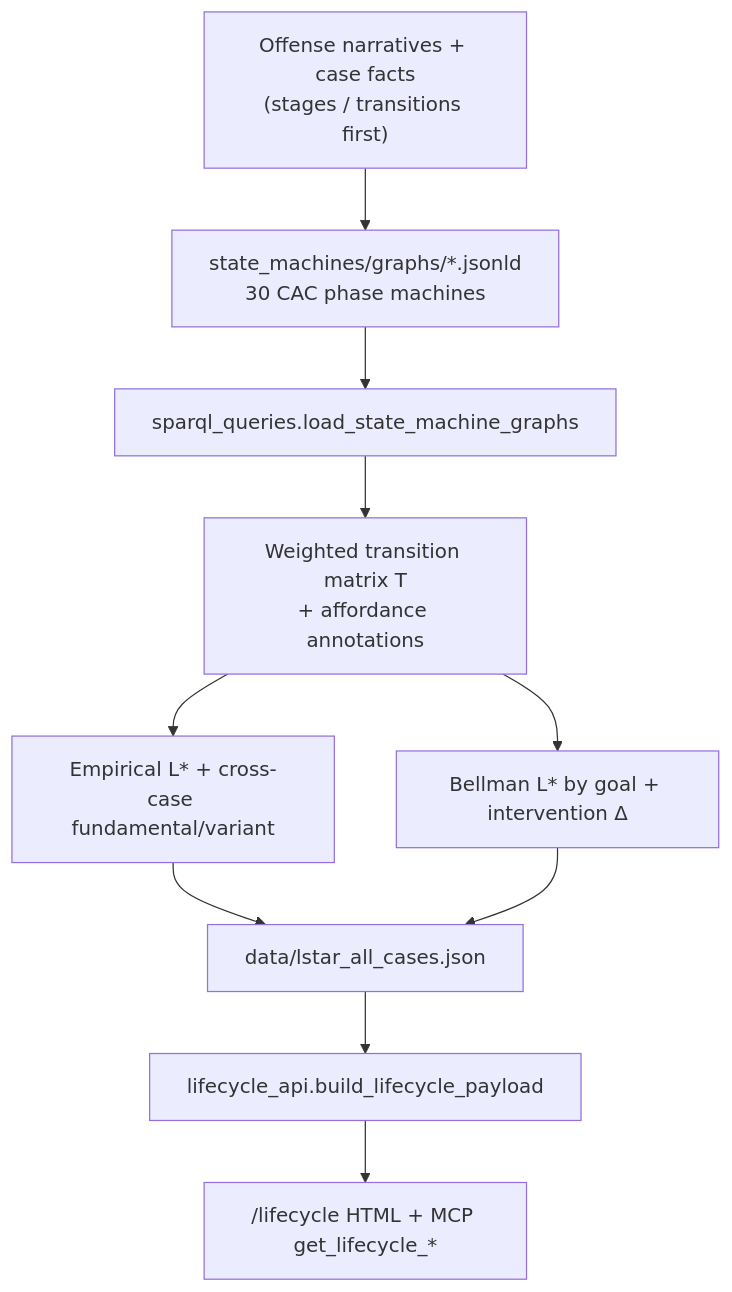
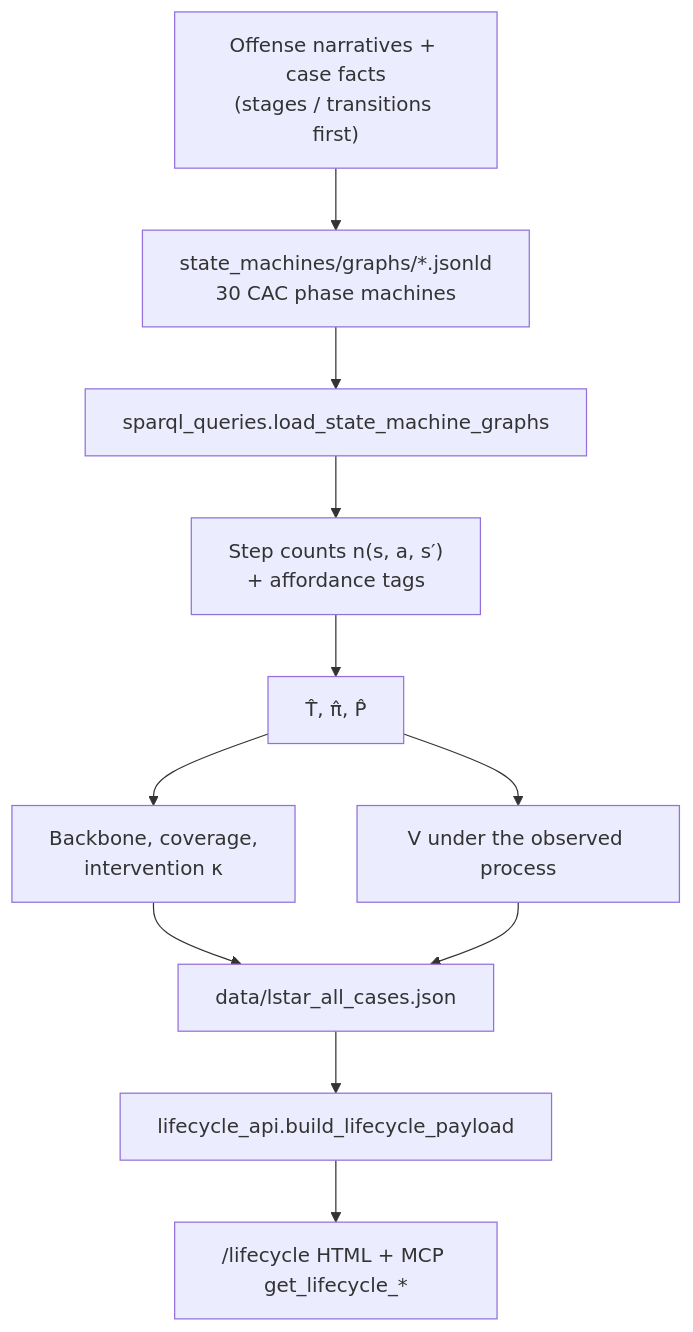
Before and after one commit to mrinaalr/CaseLinker: the second of 2 diagrams in state_machines/README.md, drawn with Mermaid. The commit also changed other lines of this file and 36 other files, not shown here.

````diff
--- a/state_machines/README.md
+++ b/state_machines/README.md
@@ -96,18 +215,18 @@
 ```mermaid
 flowchart TD
   narr["Offense narratives + case facts<br/>(stages / transitions first)"]
   graphs["state_machines/graphs/*.jsonld<br/>30 CAC phase machines"]
   load["sparql_queries.load_state_machine_graphs"]
-  T["Weighted transition matrix T<br/>+ affordance annotations"]
-  emp["Empirical L* + cross-case fundamental/variant"]
-  bell["Bellman L* by goal + intervention Δ"]
+  counts["Step counts n(s, a, s′)<br/>+ affordance tags"]
+  est["T̂, π̂, P̂"]
+  bb["Backbone, coverage,<br/>intervention κ"]
+  val["V under the observed process"]
   out["data/lstar_all_cases.json"]
   api["lifecycle_api.build_lifecycle_payload"]
   ui["/lifecycle HTML + MCP get_lifecycle_*"]
 
-  narr --> graphs
-  graphs --> load --> T
-  T --> emp --> out
-  T --> bell --> out
+  narr --> graphs --> load --> counts --> est
+  est --> bb --> out
+  est --> val --> out
   out --> api --> ui
 ```
````
